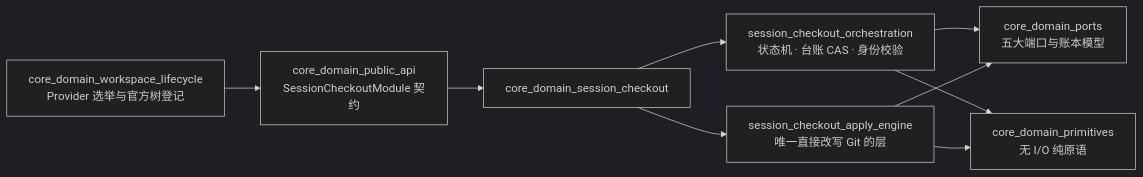
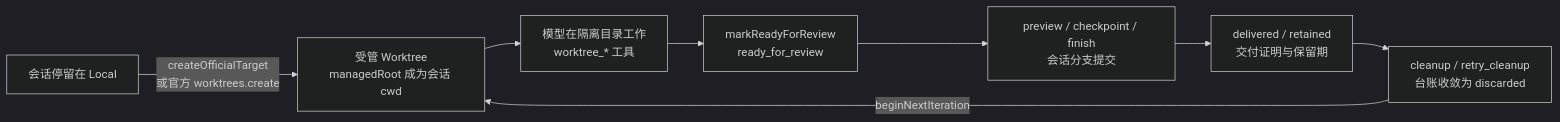
Before and after one commit to ikliml666/dsh-git-workspace: the second of 2 diagrams in .codewiki/_native-state/docs/overview.md, drawn with Mermaid (dark theme). The commit also changed other lines of this file and 117 other files, not shown here.

````diff
--- a/.codewiki/_native-state/docs/overview.md
+++ b/.codewiki/_native-state/docs/overview.md
@@ -81,19 +69,10 @@
 ```mermaid
 flowchart LR
-  API["core_domain_public_api<br/>SessionCheckoutModule 契约"]
-  SC["core_domain_session_checkout"]
-  ORCH["session_checkout_orchestration<br/>状态机 · 台账 CAS · 身份校验"]
-  ENG["session_checkout_apply_engine<br/>唯一直接改写 Git 的层"]
-  PORTS["core_domain_ports<br/>五大端口与账本模型"]
-  PRIM["core_domain_primitives<br/>无 I/O 纯原语"]
-  LIFE["core_domain_workspace_lifecycle<br/>Provider 选举与官方树登记"]
-
-  API --> SC
-  SC --> ORCH
-  SC --> ENG
-  ORCH --> PORTS
-  ORCH --> PRIM
-  ENG --> PORTS
-  ENG --> PRIM
-  LIFE --> API
+  A["会话停留在 Local"] -->|"createOfficialTarget<br/>或官方 worktrees.create"| B["受管 Worktree<br/>managedRoot 成为会话 cwd"]
+  B --> C["模型在隔离目录工作<br/>worktree_* 工具"]
+  C --> D["markReadyForReview<br/>ready_for_review"]
+  D --> E["preview / checkpoint / finish<br/>会话分支提交"]
+  E --> F["delivered / retained<br/>交付证明与保留期"]
+  F --> G["cleanup / retry_cleanup<br/>台账收敛为 discarded"]
+  G -->|"beginNextIteration"| B
 ```
````
